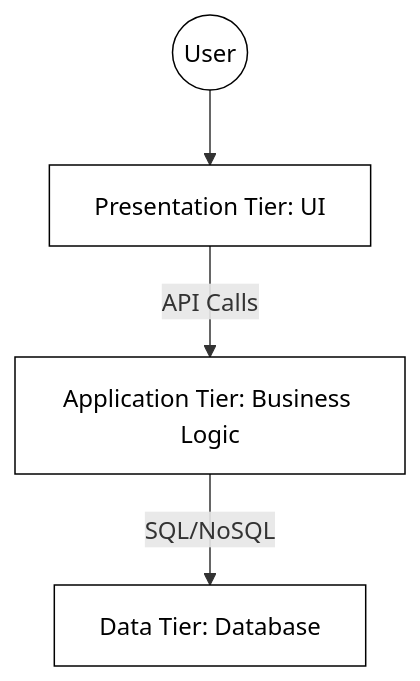
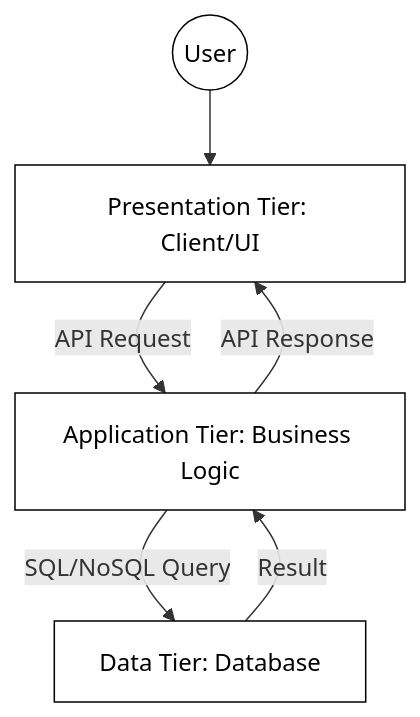
Before and after one commit to byucsstudent/cs240v2: the first of 4 diagrams in instruction/distributed-application-architectures/distributed-application-architectures.md, drawn with Mermaid. The commit also changed other lines of this file, not shown here.

Commit message:
Lee Jensen - update(Distributed Application Architectures)

````diff
--- a/instruction/distributed-application-architectures/distributed-application-architectures.md
+++ b/instruction/distributed-application-architectures/distributed-application-architectures.md
@@ -61,7 +29,9 @@
 ```mermaid
 graph TD
     classDef default fill:#ffffff,stroke:#000000,color:#000000,stroke-width:1px;
-    User((User)) --> Presentation[Presentation Tier: UI]
-    Presentation -- API Calls --> Logic[Application Tier: Business Logic]
-    Logic -- SQL/NoSQL --> Data[Data Tier: Database]
+    User((User)) --> Presentation[Presentation Tier: Client/UI]
+    Presentation -- API Request --> Logic[Application Tier: Business Logic]
+    Logic -- SQL/NoSQL Query --> Data[Data Tier: Database]
+    Data -- Result --> Logic
+    Logic -- API Response --> Presentation
 ```
````
